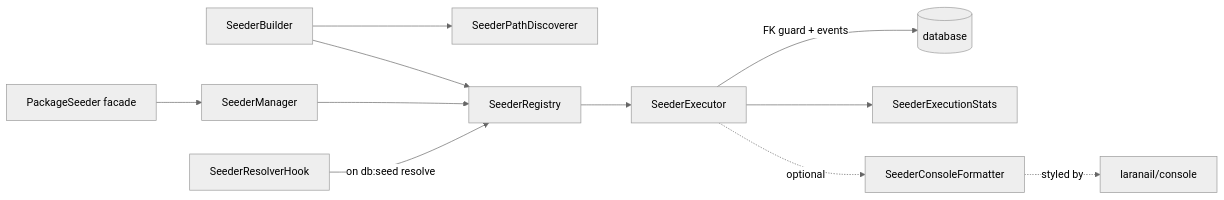
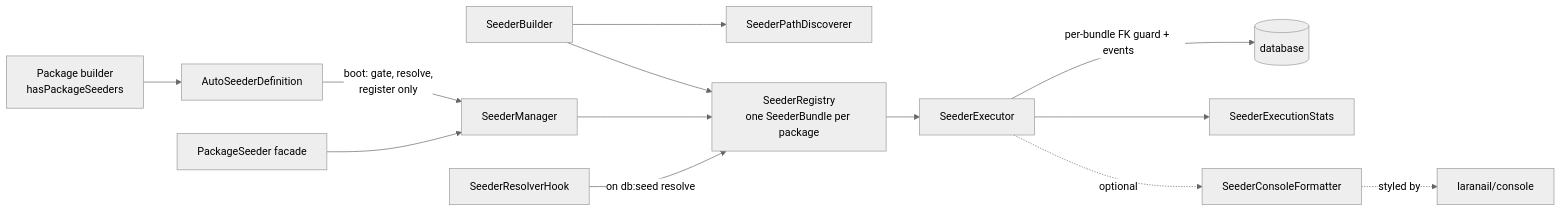
Before and after one commit to laranail/package-tools: the diagram in docs/seeding.md, drawn with Mermaid (neutral theme). The commit also changed other lines of this file and 84 other files, not shown here.

````diff
--- a/docs/seeding.md
+++ b/docs/seeding.md
@@ -20,13 +22,15 @@
 ```mermaid
 flowchart LR
-    Facade[PackageSeeder facade] --> Manager[SeederManager]
+    Package[Package builder<br>hasPackageSeeders] --> Def[AutoSeederDefinition]
+    Def -->|boot: gate, resolve,<br>register only| Manager[SeederManager]
+    Facade[PackageSeeder facade] --> Manager
     Builder[SeederBuilder] --> Discoverer[SeederPathDiscoverer]
-    Builder --> Registry[SeederRegistry]
-    Manager --> Registry
+    Builder --> Registry
+    Manager --> Registry[SeederRegistry<br>one SeederBundle per package]
     Hook[SeederResolverHook] -->|on db:seed resolve| Registry
     Registry --> Executor[SeederExecutor]
-    Executor -->|FK guard + events| DB[(database)]
+    Executor -->|per-bundle FK guard + events| DB[(database)]
     Executor --> Stats[SeederExecutionStats]
     Executor -. optional .-> Formatter[SeederConsoleFormatter]
     Formatter -.styled by.-> Console[laranail/console]
 ```
````
